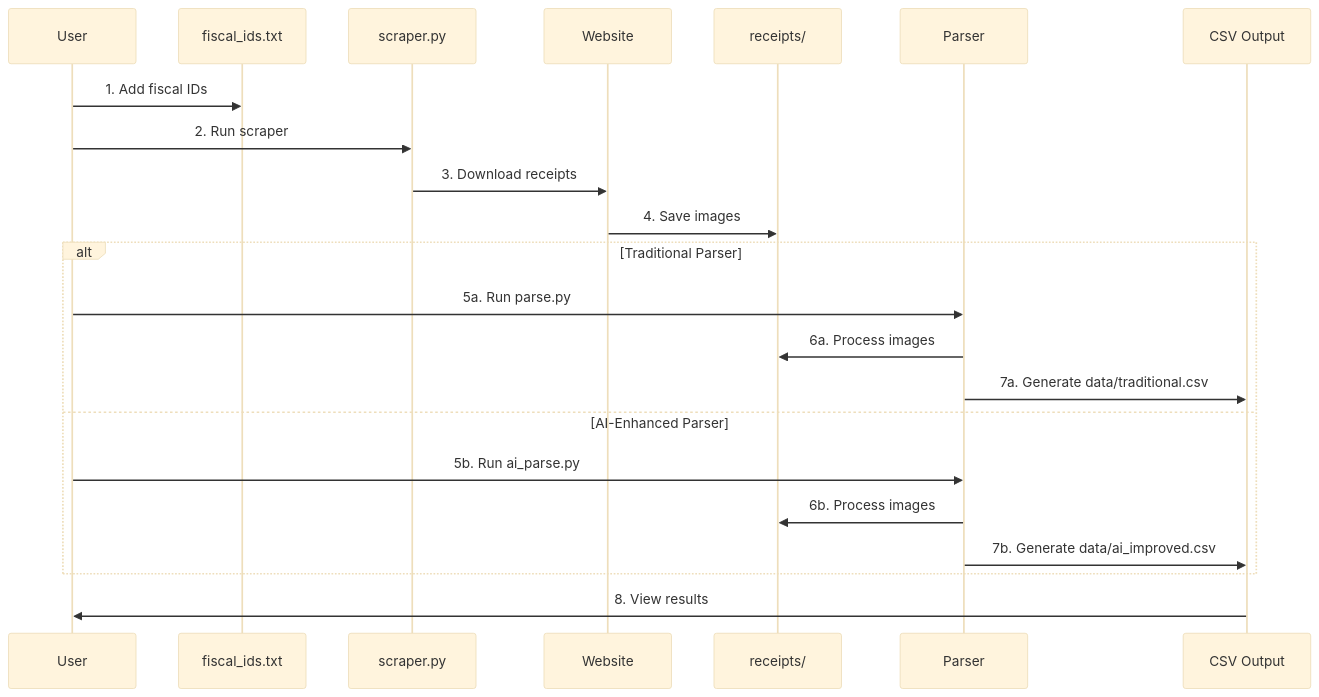
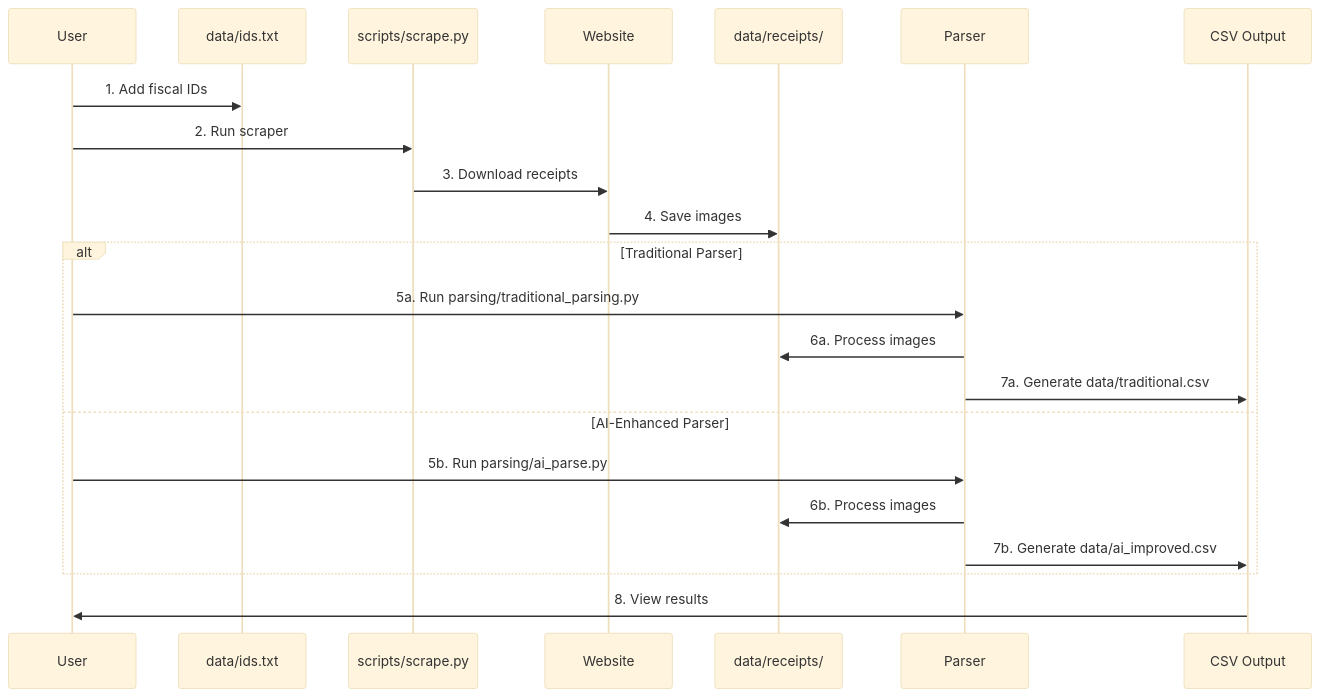
One commit to Ismat-Samadov/receipt_data changed the fourth of 8 diagrams in README.md. Above: the diagram before and after it, drawn with Mermaid (base theme). The commit also changed other lines of this file and 3 other files, not shown here.

````diff
--- a/README.md
+++ b/README.md
@@ -315,27 +320,27 @@
 ```mermaid
 sequenceDiagram
     participant U as User
-    participant F as fiscal_ids.txt
-    participant S as scraper.py
+    participant F as data/ids.txt
+    participant S as scripts/scrape.py
     participant W as Website
-    participant R as receipts/
+    participant R as data/receipts/
     participant P as Parser
     participant C as CSV Output
-    
+
     U->>F: 1. Add fiscal IDs
     U->>S: 2. Run scraper
     S->>W: 3. Download receipts
     W->>R: 4. Save images
-    
+
     alt Traditional Parser
-        U->>P: 5a. Run parse.py
+        U->>P: 5a. Run parsing/traditional_parsing.py
         P->>R: 6a. Process images
         P->>C: 7a. Generate data/traditional.csv
     else AI-Enhanced Parser
-        U->>P: 5b. Run ai_parse.py
+        U->>P: 5b. Run parsing/ai_parse.py
         P->>R: 6b. Process images
         P->>C: 7b. Generate data/ai_improved.csv
     end
-    
+
     C->>U: 8. View results
 ```
````
